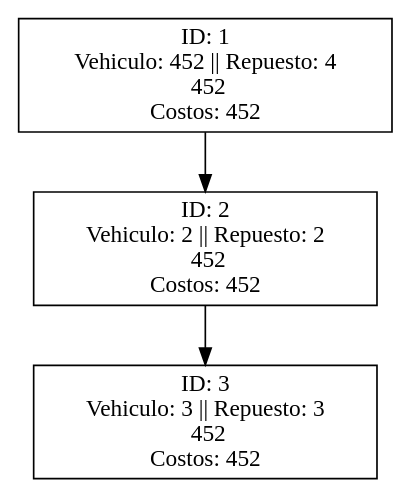
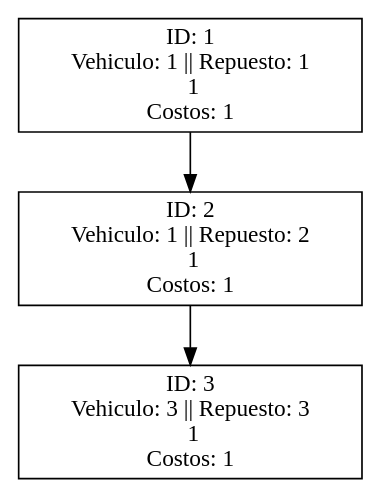
One commit to JJQG/-EDD-1S2025_202001952 changed the diagram in REPORTES/arbol_abb.dot. Above: the diagram before and after it, drawn with Graphviz. The commit also changed 32 other files, not shown here.

```diff
--- a/REPORTES/arbol_abb.dot
+++ b/REPORTES/arbol_abb.dot
@@ -1,8 +1,8 @@
 digraph G {
   rankdir=TB;
-  1 [label="ID: 1\n Vehiculo: 452 || Repuesto: 4 \n  452\n Costos: 452"shape=box];
+  1 [label="ID: 1\n Vehiculo: 1 || Repuesto: 1 \n  1\n Costos: 1"shape=box];
     1 -> 2;
-  2 [label="ID: 2\n Vehiculo: 2 || Repuesto: 2 \n  452\n Costos: 452"shape=box];
+  2 [label="ID: 2\n Vehiculo: 1 || Repuesto: 2 \n  1\n Costos: 1"shape=box];
     2 -> 3;
-  3 [label="ID: 3\n Vehiculo: 3 || Repuesto: 3 \n  452\n Costos: 452"shape=box];
+  3 [label="ID: 3\n Vehiculo: 3 || Repuesto: 3 \n  1\n Costos: 1"shape=box];
 }
```
